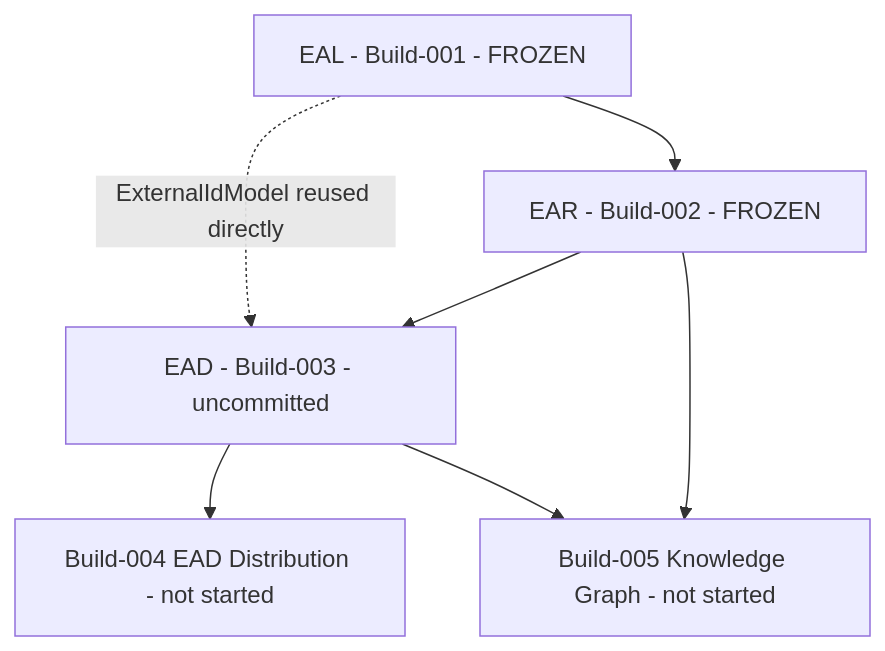
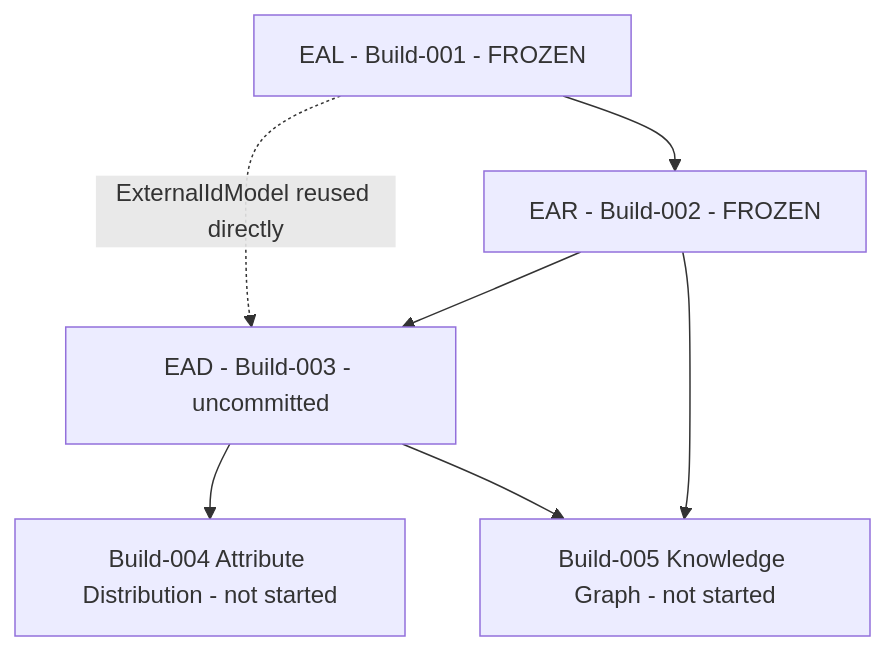
The first of 3 diagrams in docs/00_Foundation/PROJECT_MEMORY_2026-07-27.md (lexvoraconsulting-lab/The-Baking-Kaur), drawn with Mermaid before and after one commit. The commit also changed other lines of this file and 6 other files, not shown here.

Commit message:
docs(convention): ADR-0006 Workstream ID convention, fix Build-004 EAD-label collision

````diff
--- a/docs/00_Foundation/PROJECT_MEMORY_2026-07-27.md
+++ b/docs/00_Foundation/PROJECT_MEMORY_2026-07-27.md
@@ -206,9 +206,9 @@
 ```mermaid
 graph TD
     EAL[EAL - Build-001 - FROZEN] --> EAR[EAR - Build-002 - FROZEN]
     EAR --> EAD[EAD - Build-003 - uncommitted]
     EAL -.ExternalIdModel reused directly.-> EAD
-    EAD --> B004[Build-004 EAD Distribution - not started]
+    EAD --> B004[Build-004 Attribute Distribution - not started]
     EAR --> B005[Build-005 Knowledge Graph - not started]
     EAD --> B005
 ```
````
